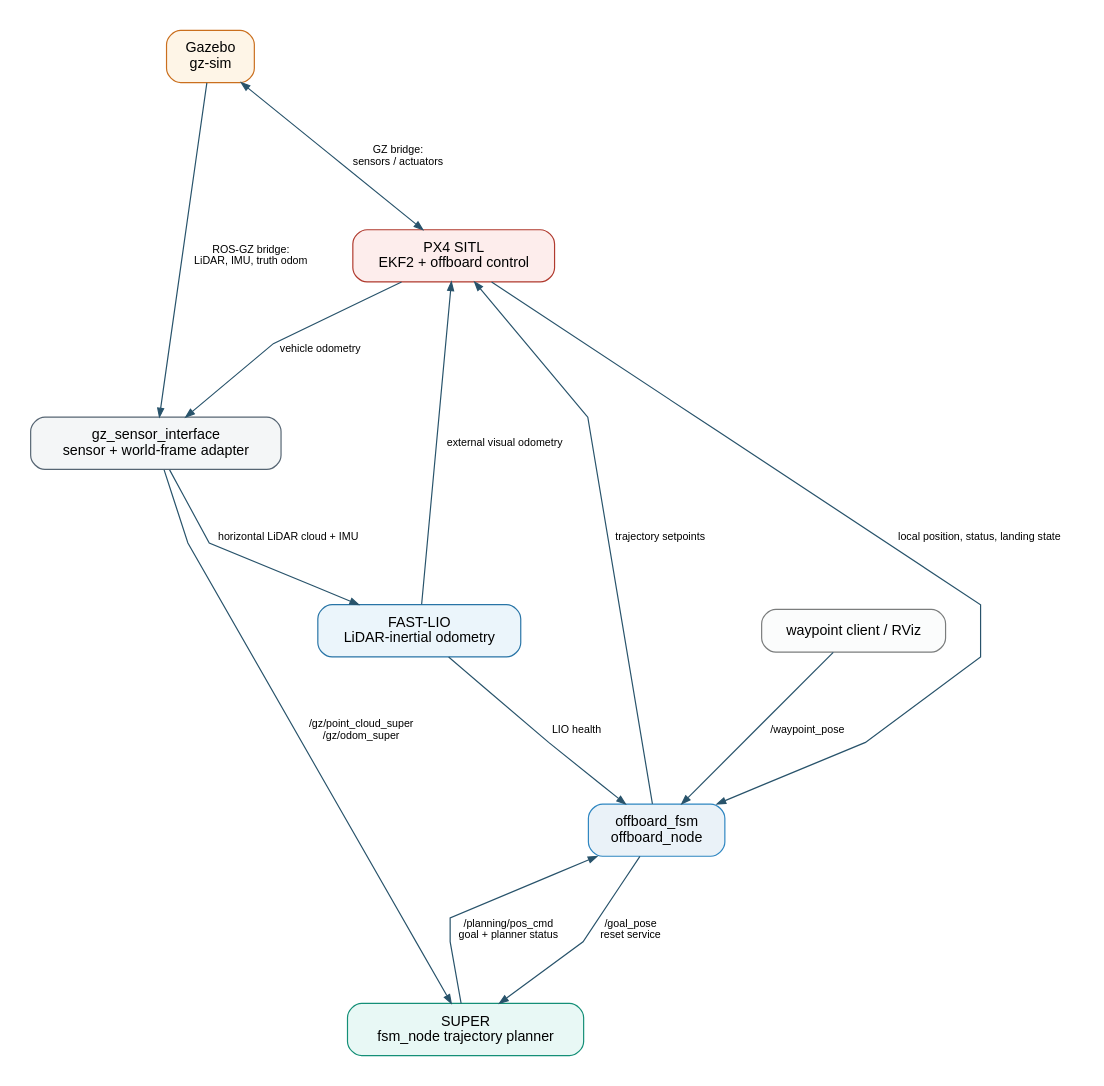
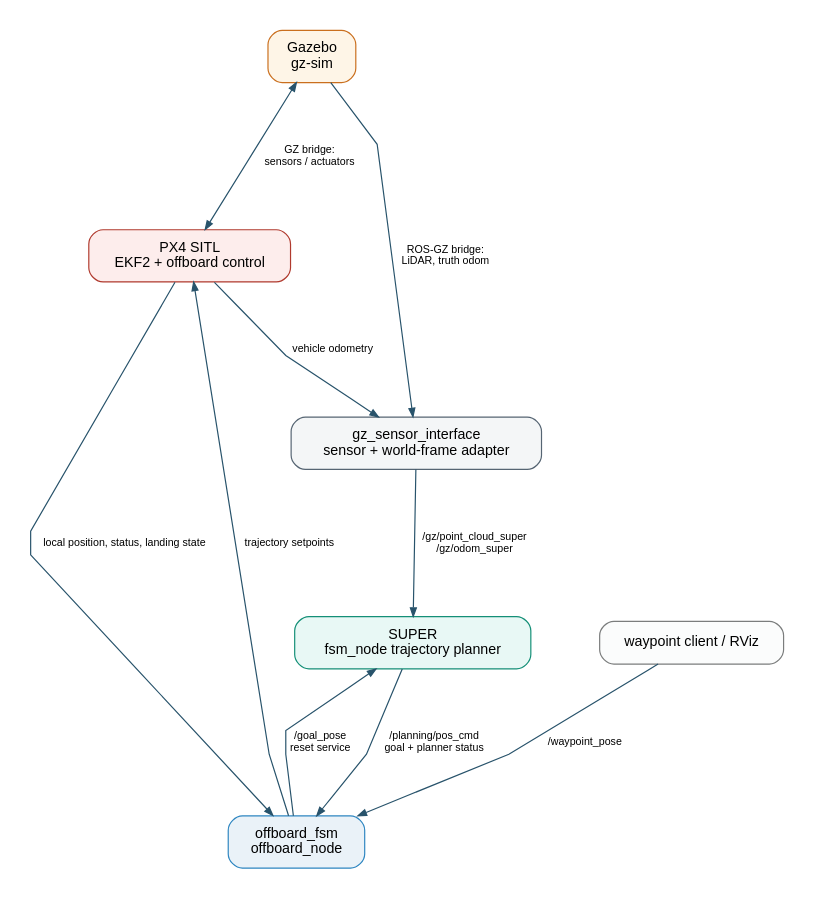
One commit to henryshum0/YunguProject changed the diagram in docs/assets/module_dependency_graph.dot. Above: the diagram before and after it, drawn with Graphviz. The commit also changed 121 other files, not shown here.

Commit message:
removed FAST_LIO

```diff
--- a/docs/assets/module_dependency_graph.dot
+++ b/docs/assets/module_dependency_graph.dot
@@ -1,47 +1,43 @@
 digraph ModuleDependencyGraph {
   graph [
     rankdir=TB,
     bgcolor="white",
     pad="0.25",
     nodesep="0.8",
     ranksep="1.45",
     splines=polyline,
     fontname="Helvetica"
   ];
   node [
     shape=box,
     style="rounded,filled",
     color="#28536B",
     fillcolor="#EAF4F7",
     fontname="Helvetica",
     fontsize=12,
     margin="0.20,0.12"
   ];
   edge [
     color="#28536B",
     fontname="Helvetica",
     fontsize=9,
     arrowsize=0.72
   ];
 
   Gazebo [label="Gazebo\ngz-sim", fillcolor="#FEF5E7", color="#CA6F1E"];
   PX4 [label="PX4 SITL\nEKF2 + offboard control", fillcolor="#FDEDEC", color="#B03A2E"];
   Adapter [label="gz_sensor_interface\nsensor + world-frame adapter", fillcolor="#F4F6F7", color="#566573"];
-  FastLio [label="FAST-LIO\nLiDAR-inertial odometry", fillcolor="#EBF5FB", color="#2874A6"];
   Super [label="SUPER\nfsm_node trajectory planner", fillcolor="#E8F8F5", color="#148F77"];
   Offboard [label="offboard_fsm\noffboard_node", fillcolor="#EAF2F8", color="#2E86C1"];
   Goals [label="waypoint client / RViz", fillcolor="#FBFCFC", color="#7B7D7D"];
 
   Gazebo -> PX4 [dir=both, label="GZ bridge:\nsensors / actuators"];
-  Gazebo -> Adapter [label="ROS-GZ bridge:\nLiDAR, IMU, truth odom"];
+  Gazebo -> Adapter [label="ROS-GZ bridge:\nLiDAR, truth odom"];
   PX4 -> Adapter [label="vehicle odometry"];
-  Adapter -> FastLio [label="horizontal LiDAR cloud + IMU"];
-  FastLio -> PX4 [label="external visual odometry"];
-  FastLio -> Offboard [label="LIO health"];
   Adapter -> Super [label="/gz/point_cloud_super\n/gz/odom_super"];
   Goals -> Offboard [label="/waypoint_pose"];
   Offboard -> Super [label="/goal_pose\nreset service"];
   Super -> Offboard [label="/planning/pos_cmd\ngoal + planner status"];
   Offboard -> PX4 [label="trajectory setpoints"];
   PX4 -> Offboard [label="local position, status, landing state"];
 }
```
